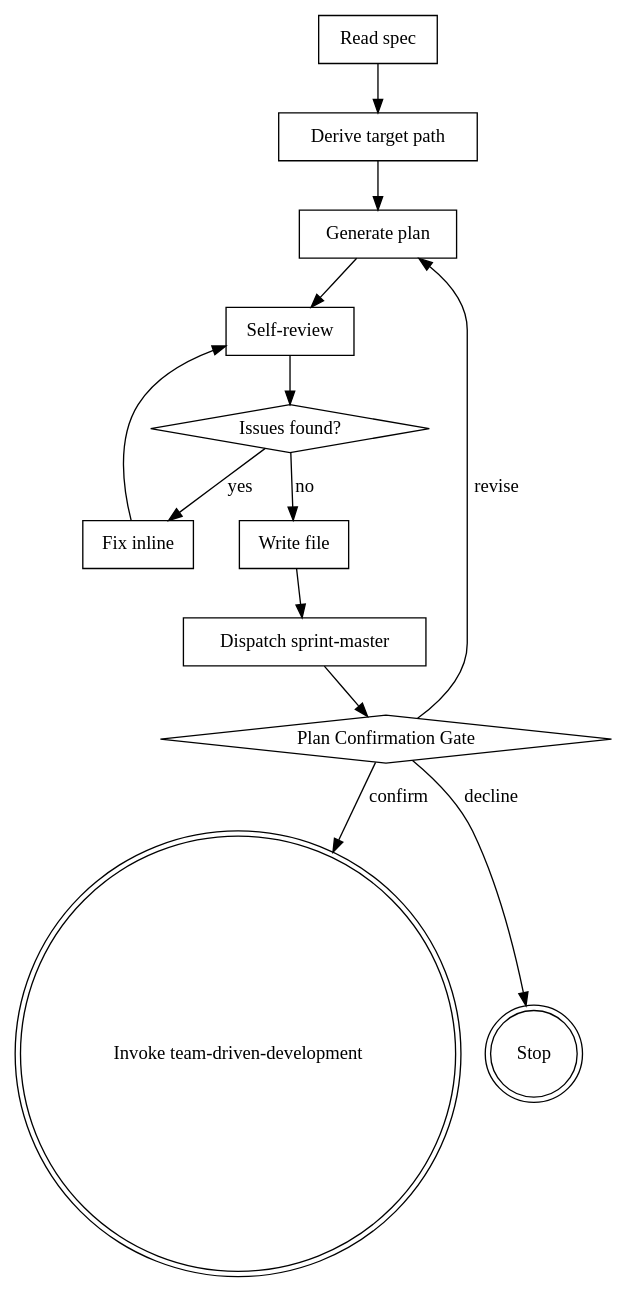
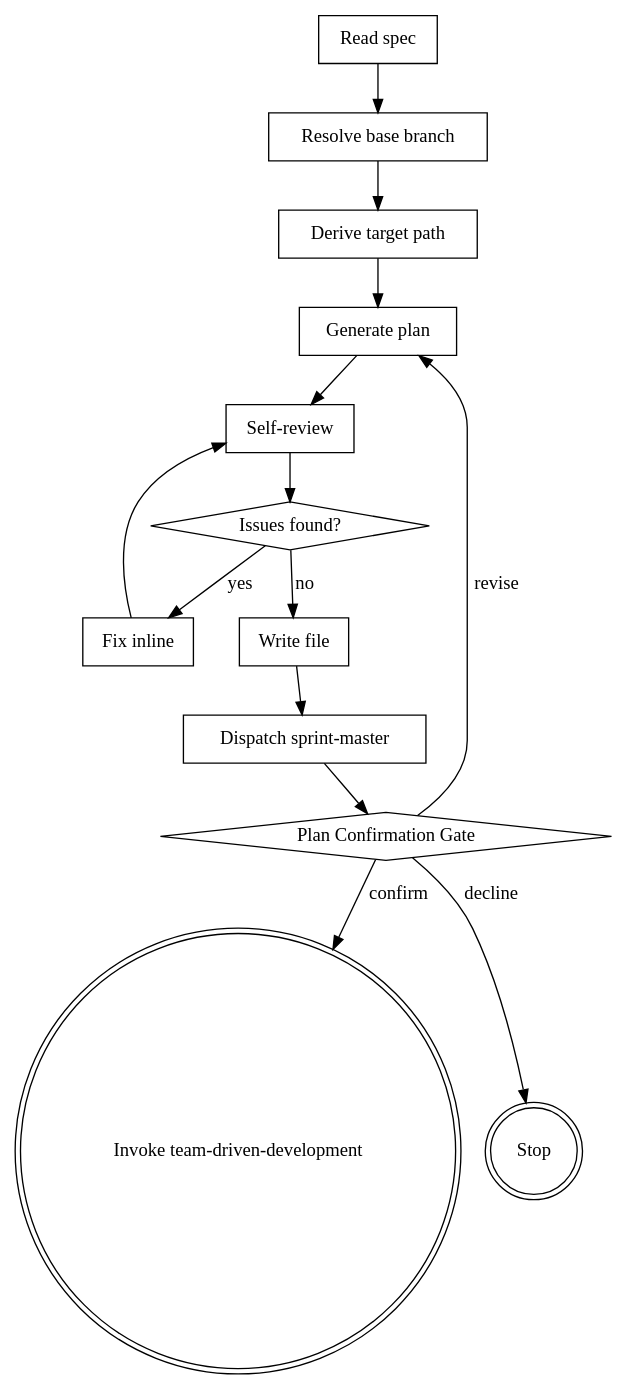
Before and after one commit to rat-siem/team-driven-development: the diagram in skills/team-plan/SKILL.md, drawn with Graphviz. The commit also changed 2 other files, not shown here.

Commit message:
docs(skills): add Resolve base branch node to Process Flow diagrams
Address reviewer R-1 observational finding: Process Flow dot
diagrams in quick-brainstorm, deep-brainstorm, and team-plan
were not updated when the new Resolve base branch checklist
step was inserted. The Checklist remains authoritative; this
keeps the visual aid consistent.

````diff
--- a/skills/team-plan/SKILL.md
+++ b/skills/team-plan/SKILL.md
@@ -43,28 +43,30 @@
 ```dot
 digraph team_plan {
     "Read spec" [shape=box];
+    "Resolve base branch" [shape=box];
     "Derive target path" [shape=box];
     "Generate plan" [shape=box];
     "Self-review" [shape=box];
     "Issues found?" [shape=diamond];
     "Fix inline" [shape=box];
     "Write file" [shape=box];
     "Dispatch sprint-master" [shape=box];
     "Plan Confirmation Gate" [shape=diamond];
     "Invoke team-driven-development" [shape=doublecircle];
     "Stop" [shape=doublecircle];
 
-    "Read spec" -> "Derive target path";
+    "Read spec" -> "Resolve base branch";
+    "Resolve base branch" -> "Derive target path";
     "Derive target path" -> "Generate plan";
     "Generate plan" -> "Self-review";
     "Self-review" -> "Issues found?";
     "Issues found?" -> "Fix inline" [label="yes"];
     "Fix inline" -> "Self-review";
     "Issues found?" -> "Write file" [label="no"];
     "Write file" -> "Dispatch sprint-master";
     "Dispatch sprint-master" -> "Plan Confirmation Gate";
     "Plan Confirmation Gate" -> "Generate plan" [label="revise"];
     "Plan Confirmation Gate" -> "Invoke team-driven-development" [label="confirm"];
     "Plan Confirmation Gate" -> "Stop" [label="decline"];
 }
 ```
````
